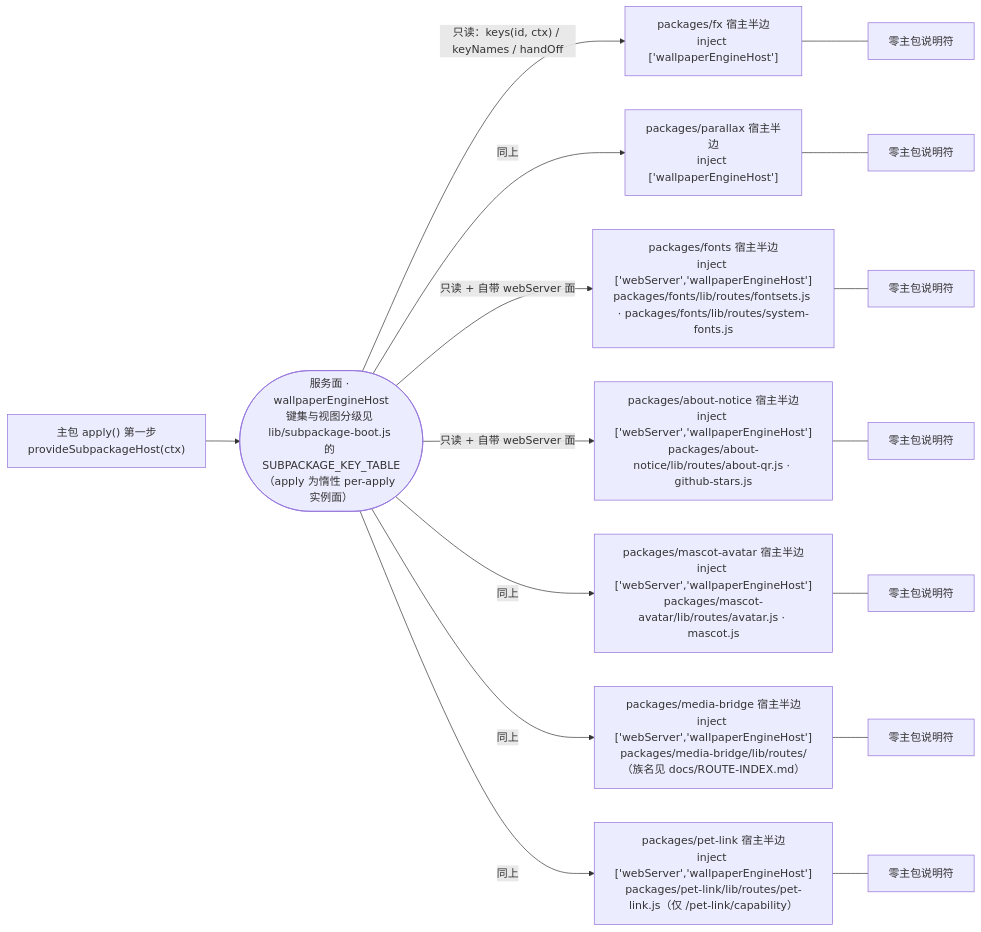
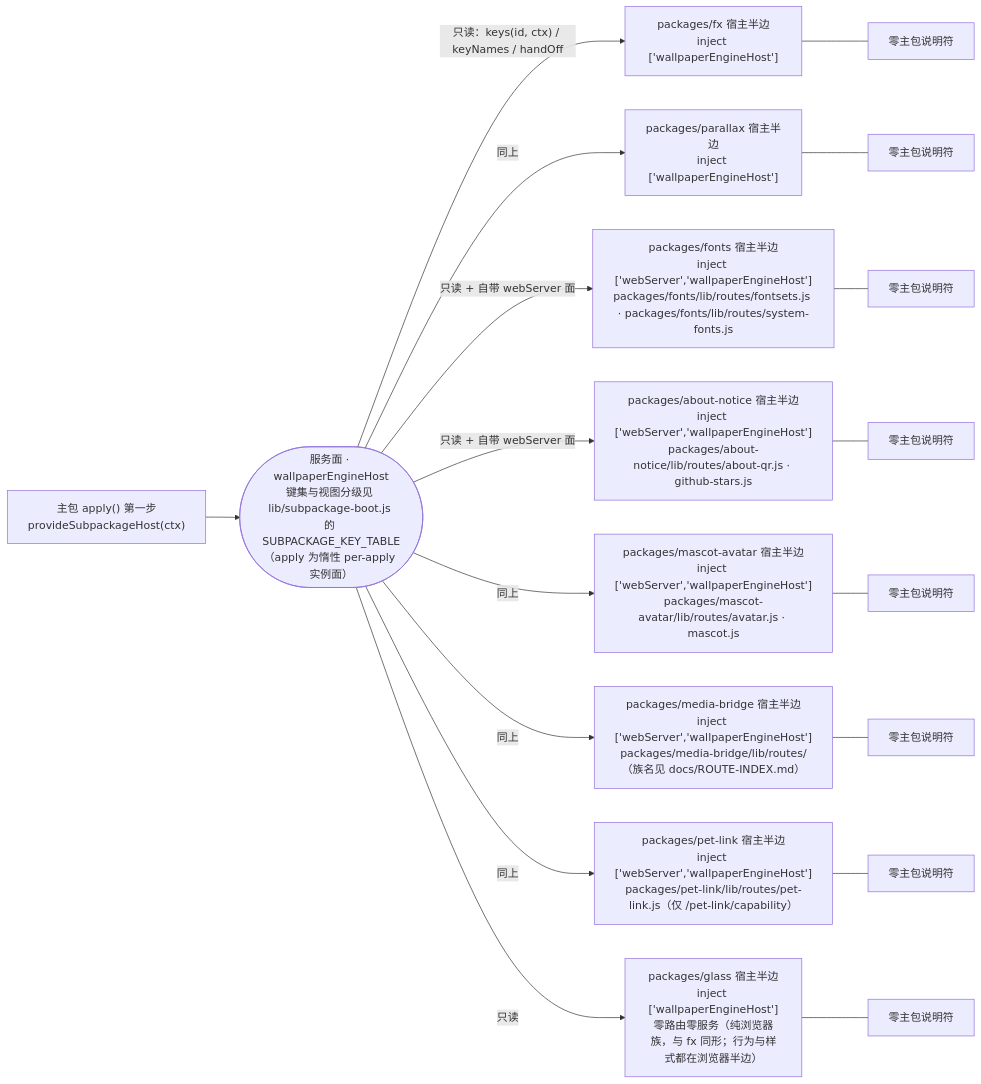
One commit to CREAMSOU/dsh-wallpaper-engine changed the second of 3 diagrams in docs/SUBPACKAGE-GRAPH.md. Above: the diagram before and after it, drawn with Mermaid. The commit also changed other lines of this file and 29 other files, not shown here.

````diff
--- a/docs/SUBPACKAGE-GRAPH.md
+++ b/docs/SUBPACKAGE-GRAPH.md
@@ -50,20 +51,22 @@
 ```mermaid
 graph LR
   APPLY["主包 apply() 第一步<br/>provideSubpackageHost(ctx)"]
   SVC(["服务面 · wallpaperEngineHost<br/>键集与视图分级见 lib/subpackage-boot.js 的 SUBPACKAGE_KEY_TABLE<br/>（apply 为惰性 per-apply 实例面）"])
   APPLY --> SVC
   SVC -->|"只读：keys(id, ctx) / keyNames / handOff"| FX["packages/fx 宿主半边<br/>inject ['wallpaperEngineHost']"]
   SVC -->|"同上"| PX["packages/parallax 宿主半边<br/>inject ['wallpaperEngineHost']"]
   SVC -->|"只读 + 自带 webServer 面"| FT["packages/fonts 宿主半边<br/>inject ['webServer','wallpaperEngineHost']<br/>packages/fonts/lib/routes/fontsets.js · packages/fonts/lib/routes/system-fonts.js"]
   SVC -->|"只读 + 自带 webServer 面"| AN["packages/about-notice 宿主半边<br/>inject ['webServer','wallpaperEngineHost']<br/>packages/about-notice/lib/routes/about-qr.js · github-stars.js"]
   SVC -->|"同上"| MA["packages/mascot-avatar 宿主半边<br/>inject ['webServer','wallpaperEngineHost']<br/>packages/mascot-avatar/lib/routes/avatar.js · mascot.js"]
   SVC -->|"同上"| MB["packages/media-bridge 宿主半边<br/>inject ['webServer','wallpaperEngineHost']<br/>packages/media-bridge/lib/routes/（族名见 docs/ROUTE-INDEX.md）"]
   SVC -->|"同上"| PL["packages/pet-link 宿主半边<br/>inject ['webServer','wallpaperEngineHost']<br/>packages/pet-link/lib/routes/pet-link.js（仅 /pet-link/capability）"]
+  SVC -->|"只读"| GL["packages/glass 宿主半边<br/>inject ['wallpaperEngineHost']<br/>零路由零服务（纯浏览器族，与 fx 同形；行为与样式都在浏览器半边）"]
   FX --- N1["零主包说明符"]
   PX --- N2["零主包说明符"]
   FT --- N3["零主包说明符"]
   AN --- N4["零主包说明符"]
   MA --- N5["零主包说明符"]
   MB --- N6["零主包说明符"]
   PL --- N7["零主包说明符"]
+  GL --- N8["零主包说明符"]
 ```
````
